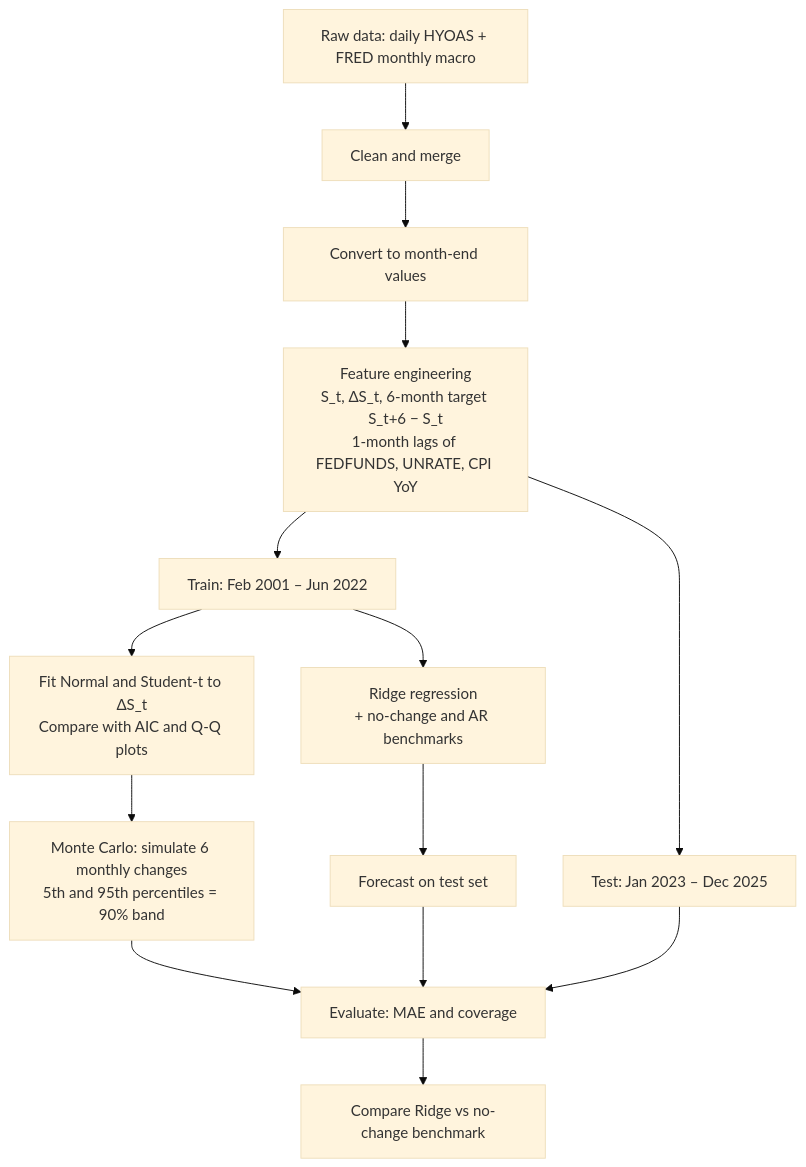
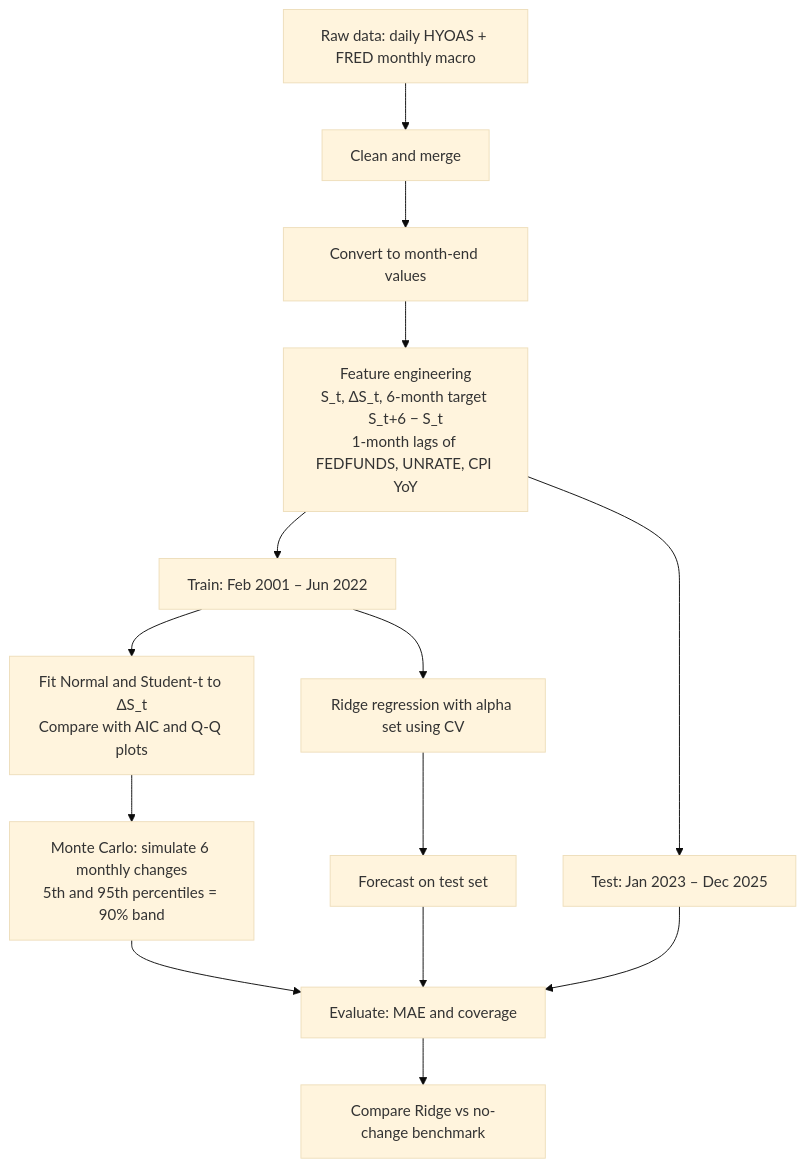
Before and after one commit to madhurima2904/Probabilistic-Credit-Spread-Forecasting: the diagram in README.md, drawn with Mermaid (base theme). The commit also changed other lines of this file, not shown here.

````diff
--- a/README.md
+++ b/README.md
@@ -95,16 +97,16 @@
 ```mermaid
 flowchart TD
     A[Raw data: daily HYOAS + FRED monthly macro] --> B[Clean and merge]
     B --> C[Convert to month-end values]
     C --> D[Feature engineering<br/>S_t, ΔS_t, 6-month target S_t+6 − S_t<br/>1-month lags of FEDFUNDS, UNRATE, CPI YoY]
     D --> E[Train: Feb 2001 – Jun 2022]
     D --> F[Test: Jan 2023 – Dec 2025]
     E --> G[Fit Normal and Student-t to ΔS_t<br/>Compare with AIC and Q-Q plots]
     G --> H[Monte Carlo: simulate 6 monthly changes<br/>5th and 95th percentiles = 90% band]
-    E --> I[Ridge regression<br/>+ no-change and AR benchmarks]
+    E --> I[Ridge regression with alpha set using CV]
     I --> J[Forecast on test set]
     H --> K[Evaluate: MAE and coverage]
     J --> K
     F --> K
     K --> L[Compare Ridge vs no-change benchmark]
 ```
````
